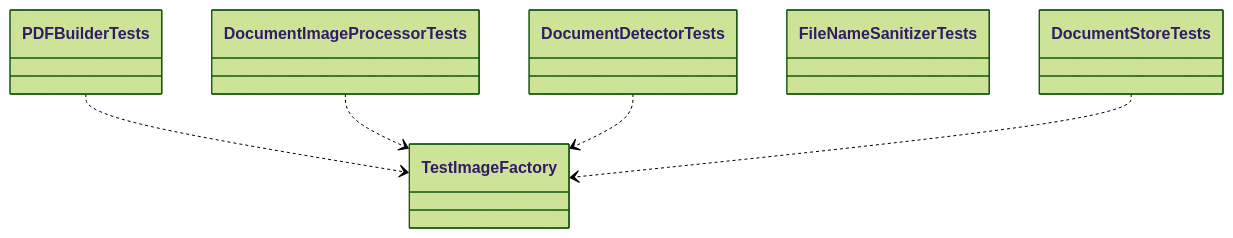
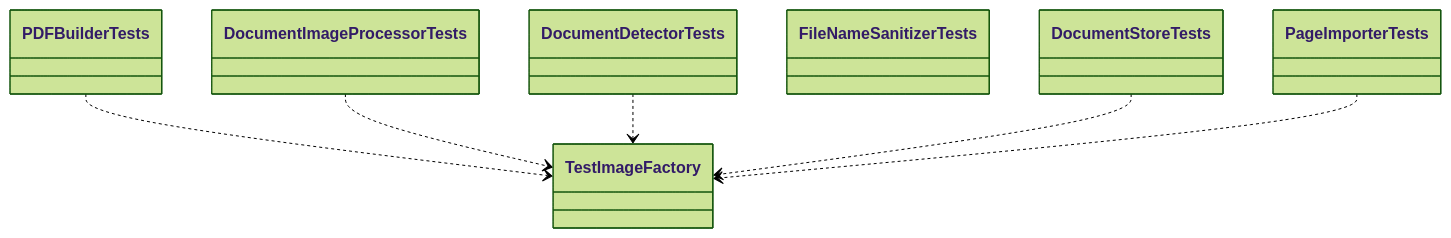
One commit to gomurin0428/DocScanner changed the first of 2 diagrams in DocScannerTests/README.md. Above: the diagram before and after it, drawn with Mermaid (forest theme). The commit also changed other lines of this file and 7 other files, not shown here.

````diff
--- a/DocScannerTests/README.md
+++ b/DocScannerTests/README.md
@@ -62,13 +72,15 @@
 ```mermaid
 classDiagram
     class PDFBuilderTests
     class DocumentImageProcessorTests
     class DocumentDetectorTests
     class FileNameSanitizerTests
     class DocumentStoreTests
+    class PageImporterTests
     class TestImageFactory
     PDFBuilderTests ..> TestImageFactory
     DocumentImageProcessorTests ..> TestImageFactory
     DocumentDetectorTests ..> TestImageFactory
     DocumentStoreTests ..> TestImageFactory
+    PageImporterTests ..> TestImageFactory
 ```
````
